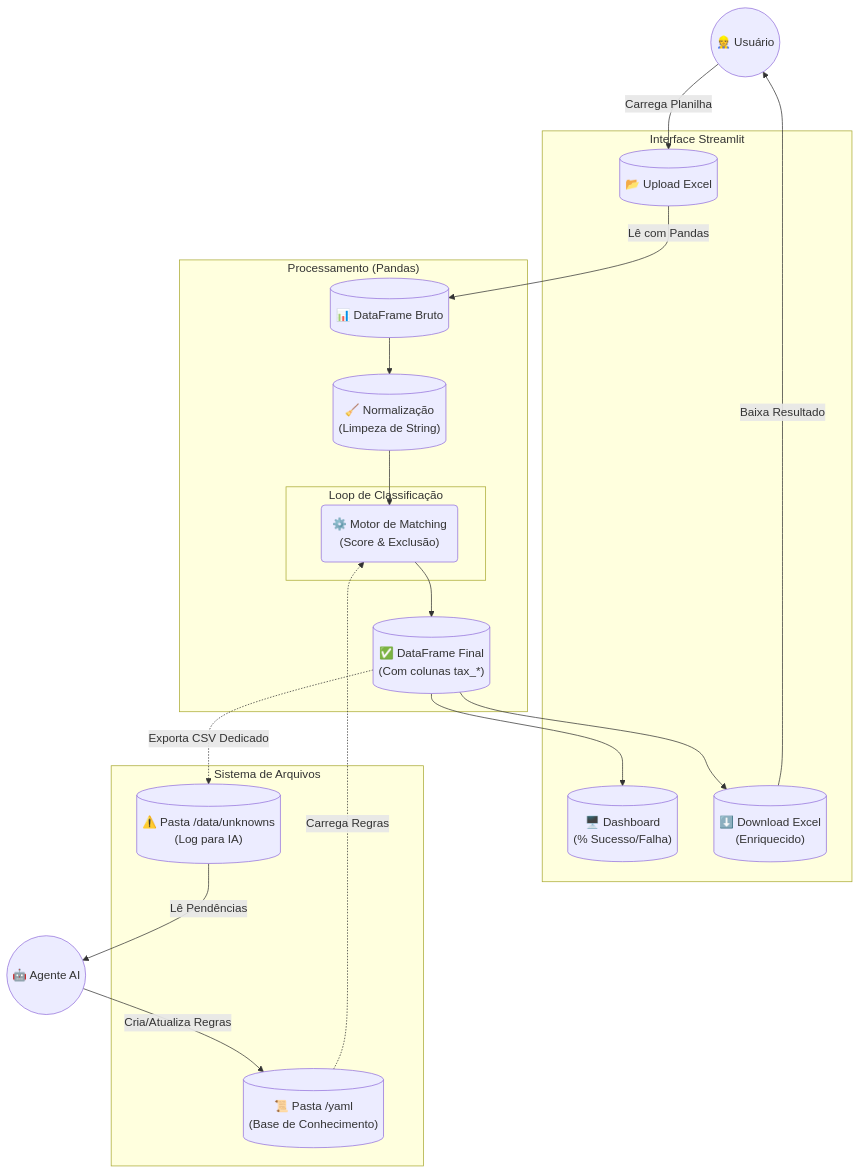
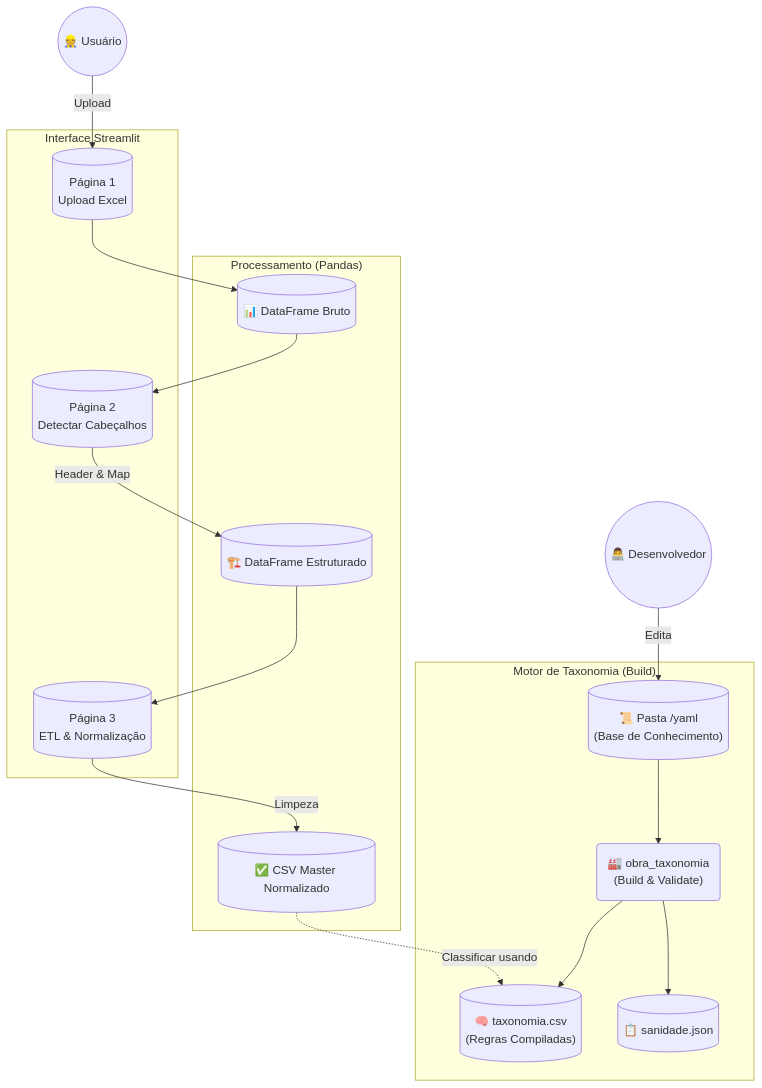
The diagram in readme/arquitetura.md (CAIOZANETTI/ObraTaxonomia), drawn with Mermaid before and after one commit. The commit also changed other lines of this file and 9 other files, not shown here.

````diff
--- a/readme/arquitetura.md
+++ b/readme/arquitetura.md
@@ -51,47 +51,45 @@
 ```mermaid
 graph TD
     %% Atores
     User((👷 Usuário))
-    Agent((🤖 Agente AI))
+    Dev((👨‍💻 Desenvolvedor))
 
     %% Interface Streamlit
     subgraph "Interface Streamlit"
-        Upload[("📂 Upload Excel")]
-        UI_Feedback[("🖥️ Dashboard\n(% Sucesso/Falha)")]
-        Download[("⬇️ Download Excel\n(Enriquecido)")]
+        Page1[("Página 1\nUpload Excel")]
+        Page2[("Página 2\nDetectar Cabeçalhos")]
+        Page3[("Página 3\nETL & Normalização")]
     end
 
     %% Motor Pandas
     subgraph "Processamento (Pandas)"
         DF_Raw[("📊 DataFrame Bruto")]
-        DF_Clean[("🧹 Normalização\n(Limpeza de String)")]
-        subgraph "Loop de Classificação"
-            MatchEngine("⚙️ Motor de Matching\n(Score & Exclusão)")
-        end
-        DF_Final[("✅ DataFrame Final\n(Com colunas tax_*)")]
+        DF_Struct[("🏗️ DataFrame Estruturado")]
+        DF_Norm[("✅ CSV Master Normalizado")]
+    end
+    
+    %% Motor Taxonomia
+    subgraph "Motor de Taxonomia (Build)"
+        YAML_Repo[("📜 Pasta /yaml\n(Base de Conhecimento)")]
+        TaxonomyEngine("🏭 obra_taxonomia\n(Build & Validate)")
+        TaxonomyCSV[("🧠 taxonomia.csv\n(Regras Compiladas)")]
+        SanityReport[("📋 sanidade.json")]
     end
 
-    %% Arquivos Sistema
-    subgraph "Sistema de Arquivos"
-        YAML_Repo[("📜 Pasta /yaml\n(Base de Conhecimento)")]
-        Unknowns_Dir[("⚠️ Pasta /data/unknowns\n(Log para IA)")]
-    end
+    %% Fluxo Build
+    Dev -- Edita --> YAML_Repo
+    YAML_Repo --> TaxonomyEngine
+    TaxonomyEngine --> TaxonomyCSV
+    TaxonomyEngine --> SanityReport
 
-    %% Fluxo
-    User -->|Carrega Planilha| Upload
-    Upload -->|Lê com Pandas| DF_Raw
-    DF_Raw --> DF_Clean
+    %% Fluxo Runtime
+    User -->|Upload| Page1
+    Page1 --> DF_Raw
+    DF_Raw --> Page2
+    Page2 -->|Header & Map| DF_Struct
+    DF_Struct --> Page3
+    Page3 -->|Limpeza| DF_Norm
     
-    YAML_Repo -.->|Carrega Regras| MatchEngine
-    DF_Clean --> MatchEngine
-    MatchEngine --> DF_Final
-    
-    DF_Final --> UI_Feedback
-    DF_Final --> Download
-    Download -->|Baixa Resultado| User
-
-    %% Tratamento de Desconhecidos (Dual Output)
-    DF_Final -.->|Exporta CSV Dedicado| Unknowns_Dir
-    Unknowns_Dir -->|Lê Pendências| Agent
-    Agent -->|Cria/Atualiza Regras| YAML_Repo
+    %% Futura Classificação
+    DF_Norm -.->|Classificar usando| TaxonomyCSV
 ```
````
